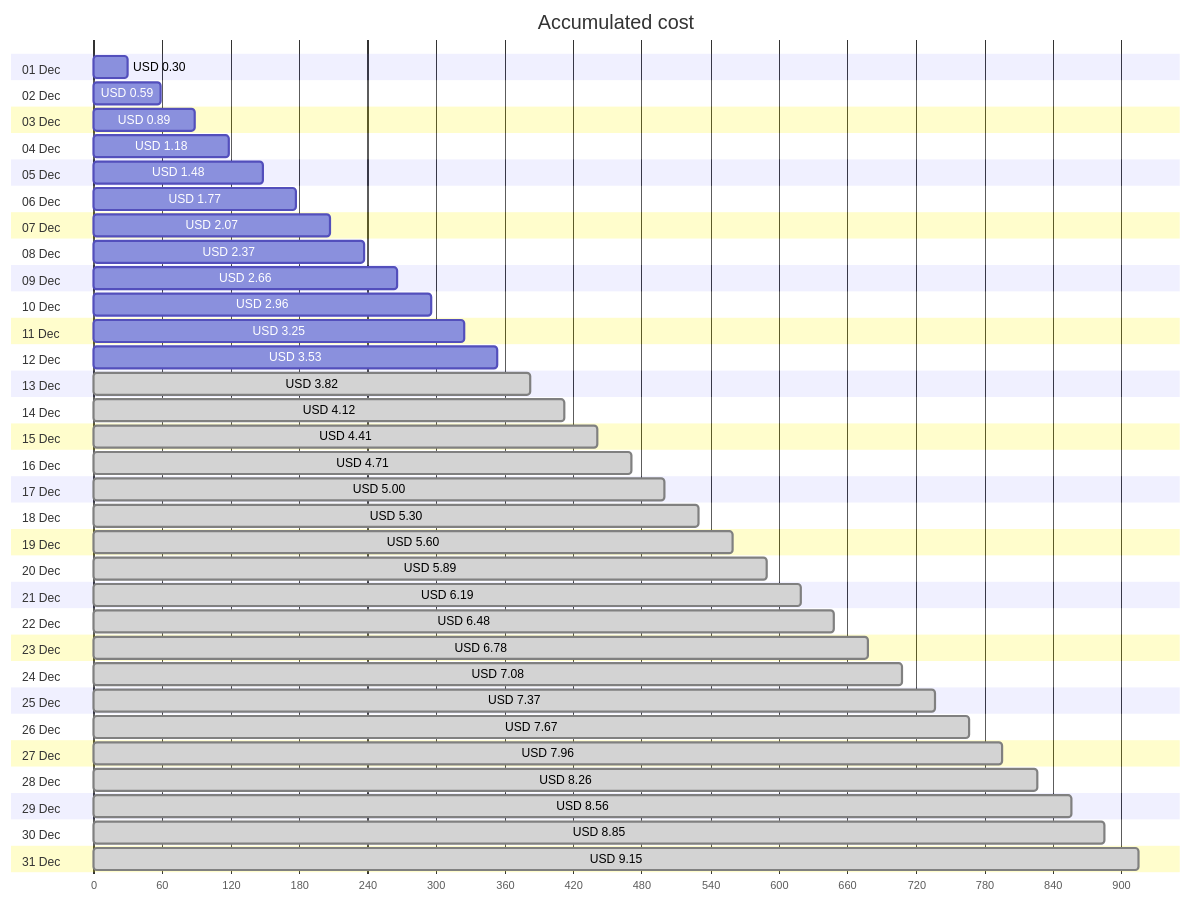
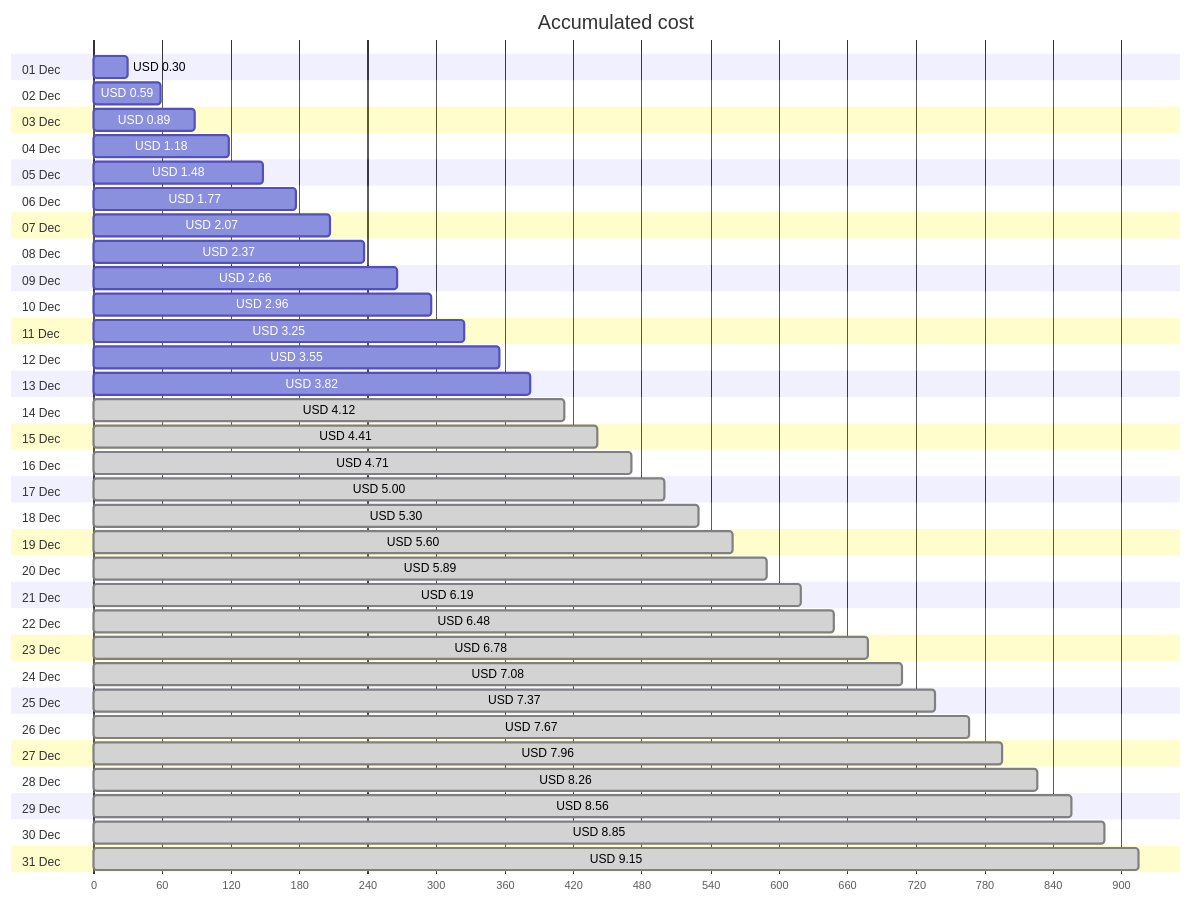
The first of 4 diagrams in cost-reports/personal-site/personal-site-preview.md (jpfulton/azure-personal-reports), drawn with Mermaid before and after one commit. The commit also changed other lines of this file and 6 other files, not shown here.

````diff
--- a/cost-reports/personal-site/personal-site-preview.md
+++ b/cost-reports/personal-site/personal-site-preview.md
@@ -20,68 +20,68 @@
 ```mermaid
 gantt
    title Accumulated cost
    dateFormat  X
    axisFormat %s
    section 01 Dec
    USD 0.30 :0, 30
    section 02 Dec
    USD 0.59 :0, 59
    section 03 Dec
    USD 0.89 :0, 89
    section 04 Dec
    USD 1.18 :0, 118
    section 05 Dec
    USD 1.48 :0, 148
    section 06 Dec
    USD 1.77 :0, 177
    section 07 Dec
    USD 2.07 :0, 207
    section 08 Dec
    USD 2.37 :0, 237
    section 09 Dec
    USD 2.66 :0, 266
    section 10 Dec
    USD 2.96 :0, 296
    section 11 Dec
    USD 3.25 :0, 325
    section 12 Dec
-   USD 3.53 :0, 353
+   USD 3.55 :0, 355
    section 13 Dec
-   USD 3.82 : done, 0, 382
+   USD 3.82 :0, 382
    section 14 Dec
    USD 4.12 : done, 0, 412
    section 15 Dec
    USD 4.41 : done, 0, 441
    section 16 Dec
    USD 4.71 : done, 0, 471
    section 17 Dec
    USD 5.00 : done, 0, 500
    section 18 Dec
    USD 5.30 : done, 0, 530
    section 19 Dec
    USD 5.60 : done, 0, 560
    section 20 Dec
    USD 5.89 : done, 0, 589
    section 21 Dec
    USD 6.19 : done, 0, 619
    section 22 Dec
    USD 6.48 : done, 0, 648
    section 23 Dec
    USD 6.78 : done, 0, 678
    section 24 Dec
    USD 7.08 : done, 0, 708
    section 25 Dec
    USD 7.37 : done, 0, 737
    section 26 Dec
    USD 7.67 : done, 0, 767
    section 27 Dec
    USD 7.96 : done, 0, 796
    section 28 Dec
    USD 8.26 : done, 0, 826
    section 29 Dec
    USD 8.56 : done, 0, 856
    section 30 Dec
    USD 8.85 : done, 0, 885
    section 31 Dec
    USD 9.15 : done, 0, 915
 ```
````
